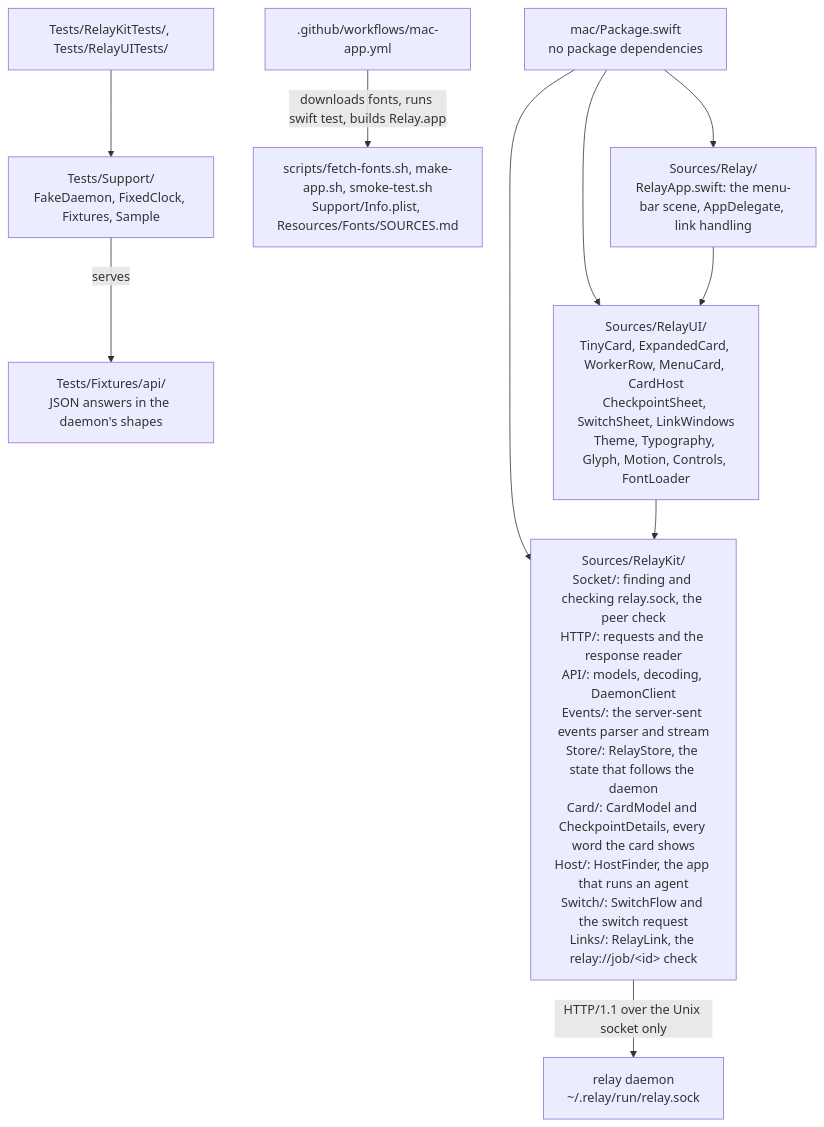
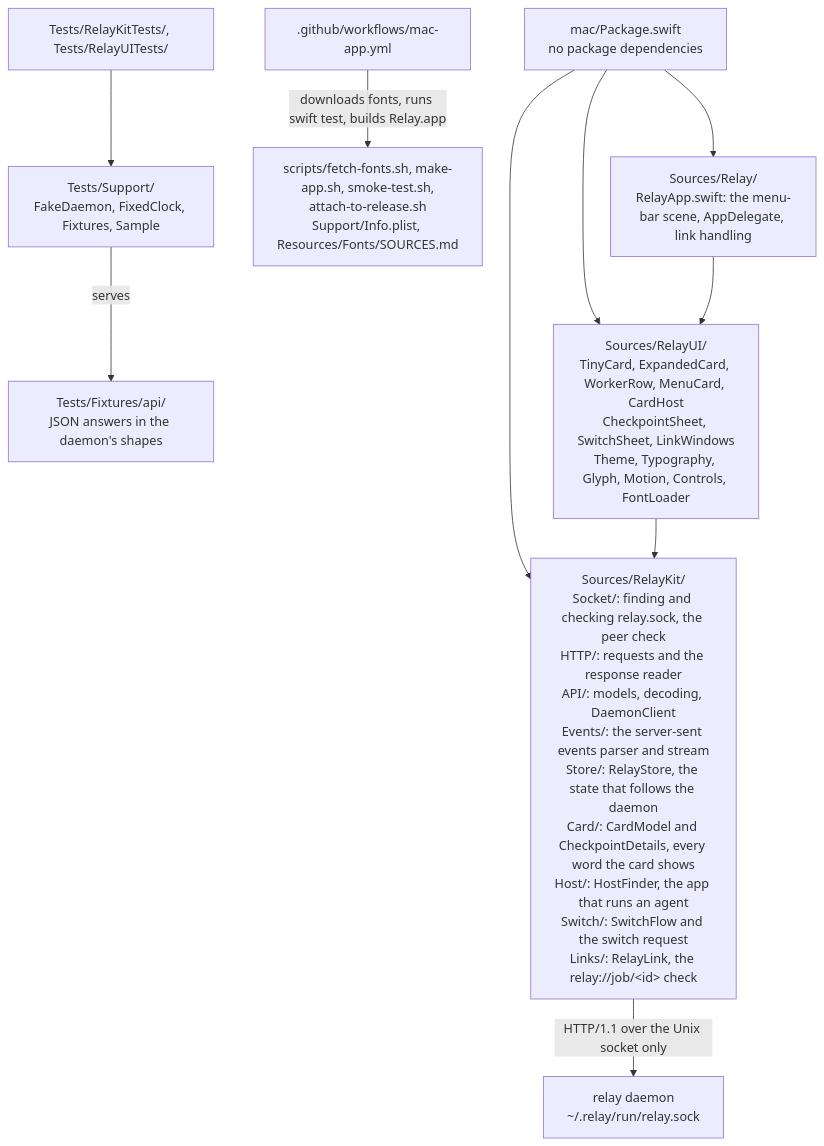
The fourth of 4 diagrams in docs/codebase-map.md (FrejusGdm/relay), drawn with Mermaid before and after one commit. The commit also changed other lines of this file and 4 other files, not shown here.

````diff
--- a/docs/codebase-map.md
+++ b/docs/codebase-map.md
@@ -535,23 +535,23 @@
 ```mermaid
 flowchart TD
   pkg["mac/Package.swift<br/>no package dependencies"]
   kit["Sources/RelayKit/<br/>Socket/: finding and checking relay.sock, the peer check<br/>HTTP/: requests and the response reader<br/>API/: models, decoding, DaemonClient<br/>Events/: the server-sent events parser and stream<br/>Store/: RelayStore, the state that follows the daemon<br/>Card/: CardModel and CheckpointDetails, every word the card shows<br/>Host/: HostFinder, the app that runs an agent<br/>Switch/: SwitchFlow and the switch request<br/>Links/: RelayLink, the relay://job/&lt;id&gt; check"]
   ui["Sources/RelayUI/<br/>TinyCard, ExpandedCard, WorkerRow, MenuCard, CardHost<br/>CheckpointSheet, SwitchSheet, LinkWindows<br/>Theme, Typography, Glyph, Motion, Controls, FontLoader"]
   app["Sources/Relay/<br/>RelayApp.swift: the menu-bar scene, AppDelegate, link handling"]
   support["Tests/Support/<br/>FakeDaemon, FixedClock, Fixtures, Sample"]
   fixtures["Tests/Fixtures/api/<br/>JSON answers in the daemon's shapes"]
   tests["Tests/RelayKitTests/, Tests/RelayUITests/"]
-  scripts["scripts/fetch-fonts.sh, make-app.sh, smoke-test.sh<br/>Support/Info.plist, Resources/Fonts/SOURCES.md"]
+  scripts["scripts/fetch-fonts.sh, make-app.sh, smoke-test.sh,<br/>attach-to-release.sh<br/>Support/Info.plist, Resources/Fonts/SOURCES.md"]
   ci[".github/workflows/mac-app.yml"]
   daemon["relay daemon<br/>~/.relay/run/relay.sock"]
 
   pkg --> kit
   pkg --> ui
   pkg --> app
   ui --> kit
   app --> ui
   kit -->|"HTTP/1.1 over the Unix socket only"| daemon
   tests --> support
   support -->|"serves"| fixtures
   ci -->|"downloads fonts, runs swift test, builds Relay.app"| scripts
 ```
````
